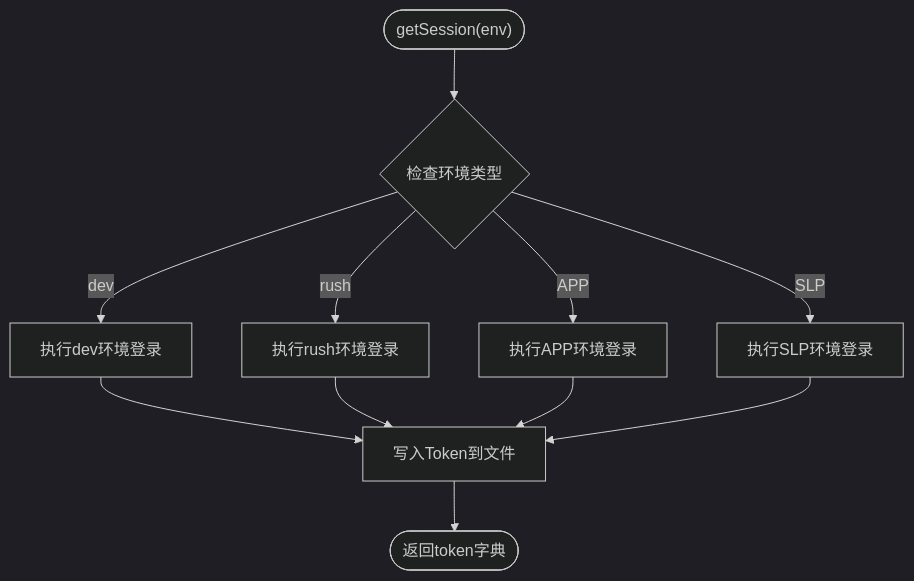
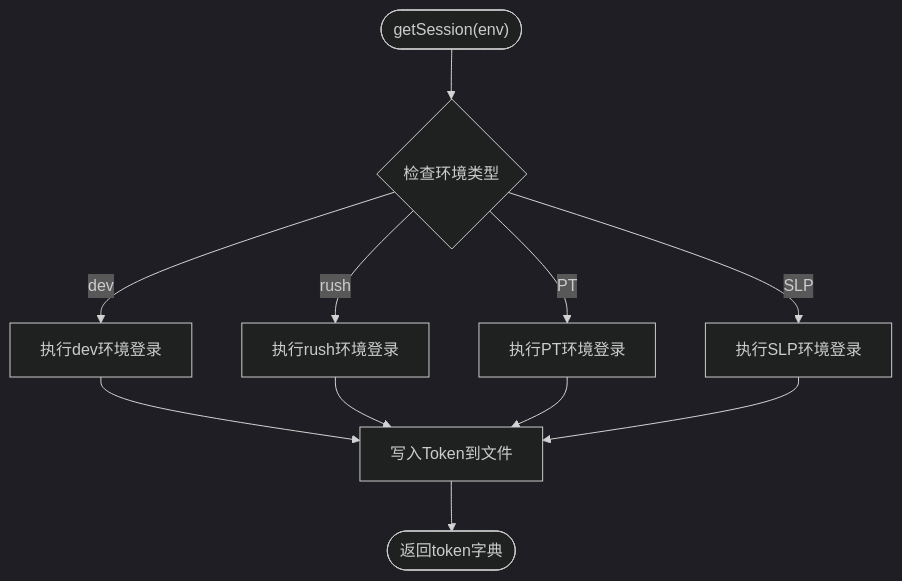
The fifth of 13 diagrams in .qoder/repowiki/zh/content/自动化与CI_CD.md (liximing1-ola/qa-payTest), drawn with Mermaid (dark theme) before and after one commit. The commit also changed other lines of this file and 13 other files, not shown here.

````diff
--- a/.qoder/repowiki/zh/content/自动化与CI_CD.md
+++ b/.qoder/repowiki/zh/content/自动化与CI_CD.md
@@ -253,13 +253,13 @@
 ```mermaid
 flowchart TD
 Start(["getSession(env)"]) --> EnvCheck{"检查环境类型"}
 EnvCheck --> |dev| DevLogin["执行dev环境登录"]
 EnvCheck --> |rush| RushLogin["执行rush环境登录"]
-EnvCheck --> |APP| PTLogin["执行APP环境登录"]
+EnvCheck --> |PT| PTLogin["执行PT环境登录"]
 EnvCheck --> |SLP| SLPLogin["执行SLP环境登录"]
 DevLogin --> TokenWrite["写入Token到文件"]
 RushLogin --> TokenWrite
 PTLogin --> TokenWrite
 SLPLogin --> TokenWrite
 TokenWrite --> End(["返回token字典"])
 ```
````
